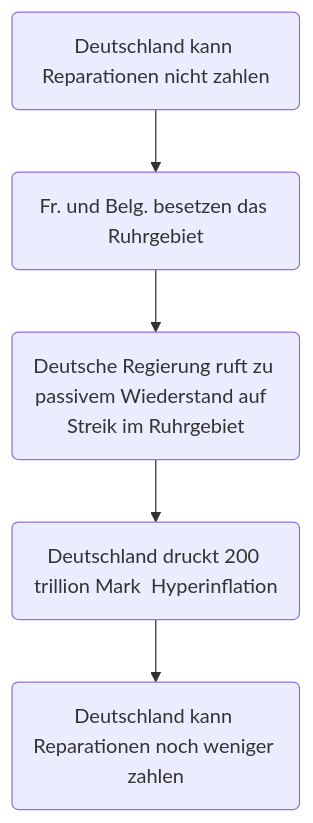
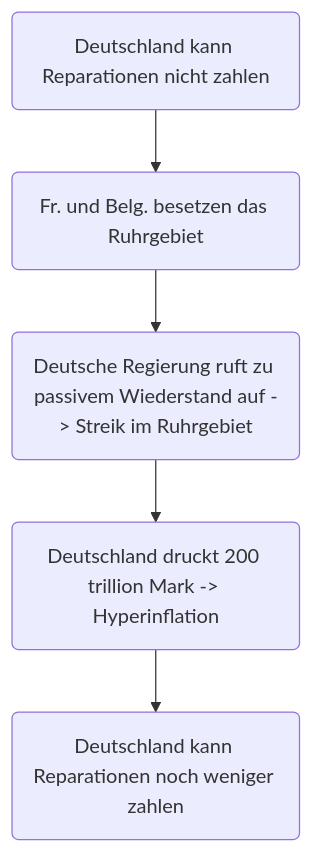
The first of 2 diagrams in K9/Geschichte/1.md (DNAScanner/Schule), drawn with Mermaid before and after one commit. The commit also changed other lines of this file, not shown here.

````diff
--- a/K9/Geschichte/1.md
+++ b/K9/Geschichte/1.md
@@ -98,7 +98,7 @@
 ```mermaid
 graph TD
       A(Deutschland kann Reparationen nicht zahlen) --> B(Fr. und Belg. besetzen das Ruhrgebiet)
-      B                                             --> C(Deutsche Regierung ruft zu passivem Wiederstand auf  Streik im Ruhrgebiet)
-      C                                             --> D(Deutschland druckt 200 trillion Mark  Hyperinflation)
+      B                                             --> C(Deutsche Regierung ruft zu passivem Wiederstand auf -> Streik im Ruhrgebiet)
+      C                                             --> D(Deutschland druckt 200 trillion Mark -> Hyperinflation)
       D                                             --> E(Deutschland kann Reparationen noch weniger zahlen)
 ```
````
